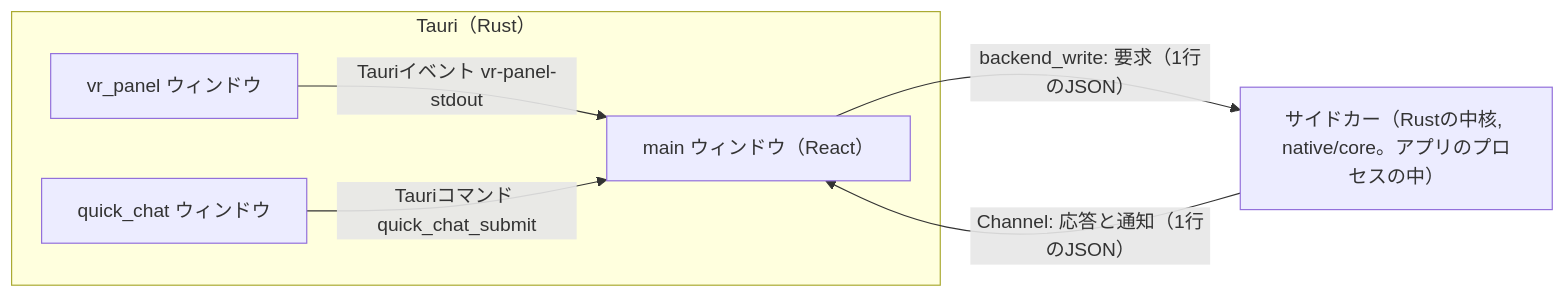
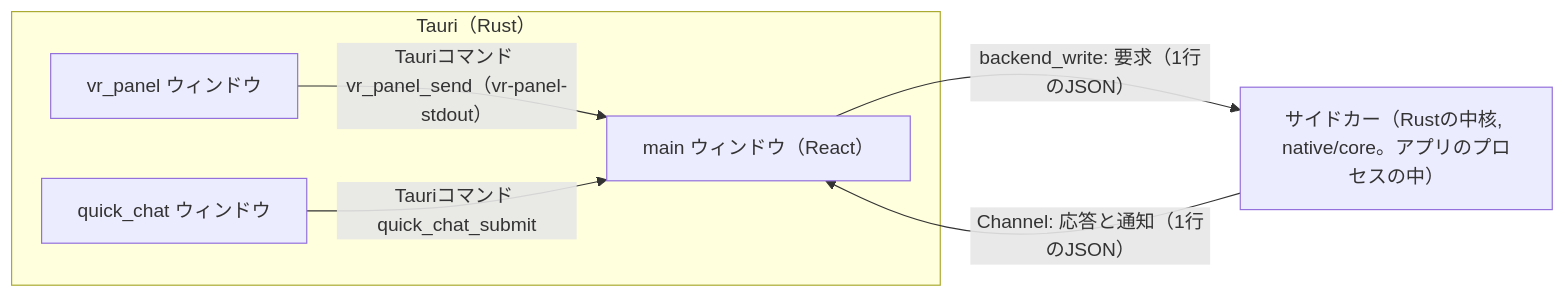
The first of 2 diagrams in docs/spec/ipc-protocol.md (kein5/astarot), drawn with Mermaid before and after one commit. The commit also changed 12 other files, not shown here.

````diff
--- a/docs/spec/ipc-protocol.md
+++ b/docs/spec/ipc-protocol.md
@@ -9,13 +9,13 @@
 ```mermaid
 flowchart LR
   subgraph Tauri["Tauri（Rust）"]
     main["main ウィンドウ（React）"]
     vr["vr_panel ウィンドウ"]
     qc["quick_chat ウィンドウ"]
   end
   side["サイドカー（Rustの中核, native/core。アプリのプロセスの中）"]
   main -- "backend_write: 要求（1行のJSON）" --> side
   side -- "Channel: 応答と通知（1行のJSON）" --> main
-  vr -- "Tauriイベント vr-panel-stdout" --> main
+  vr -- "Tauriコマンド vr_panel_send（vr-panel-stdout）" --> main
   qc -- "Tauriコマンド quick_chat_submit" --> main
 ```
````
